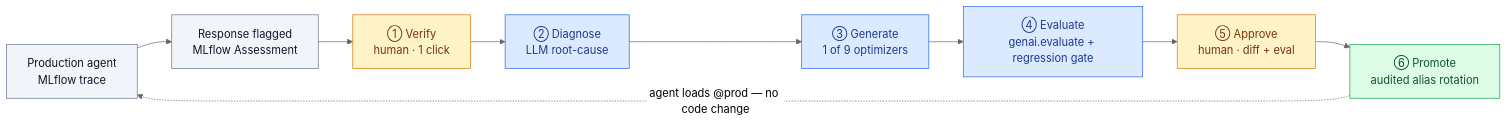
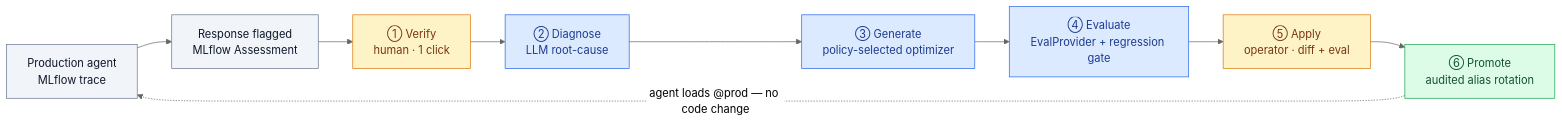
Before and after one commit to rrahimi-uci/caliber-suite: the first of 2 diagrams in README.md, drawn with Mermaid (neutral theme). The commit also changed other lines of this file and 237 other files, not shown here.

````diff
--- a/README.md
+++ b/README.md
@@ -44,19 +48,19 @@
 ```mermaid
 flowchart LR
     trace["Production agent<br/>MLflow trace"]:::src
     flag["Response flagged<br/>MLflow Assessment"]:::src
     v["① Verify<br/>human · 1 click"]:::human
     d["② Diagnose<br/>LLM root-cause"]:::auto
-    g["③ Generate<br/>1 of 9 optimizers"]:::auto
-    e["④ Evaluate<br/>genai.evaluate + regression gate"]:::auto
-    a["⑤ Approve<br/>human · diff + eval"]:::human
+    g["③ Generate<br/>policy-selected optimizer"]:::auto
+    e["④ Evaluate<br/>EvalProvider + regression gate"]:::auto
+    a["⑤ Apply<br/>operator · diff + eval"]:::human
     p["⑥ Promote<br/>audited alias rotation"]:::ship
 
     trace --> flag --> v --> d --> g --> e --> a --> p
     p -.->|"agent loads @prod — no code change"| trace
 
     classDef src fill:#f1f5f9,stroke:#64748b,color:#0f172a;
     classDef human fill:#fef3c7,stroke:#d97706,color:#78350f;
     classDef auto fill:#dbeafe,stroke:#2563eb,color:#1e3a8f;
     classDef ship fill:#dcfce7,stroke:#16a34a,color:#14532d;
 ```
````
